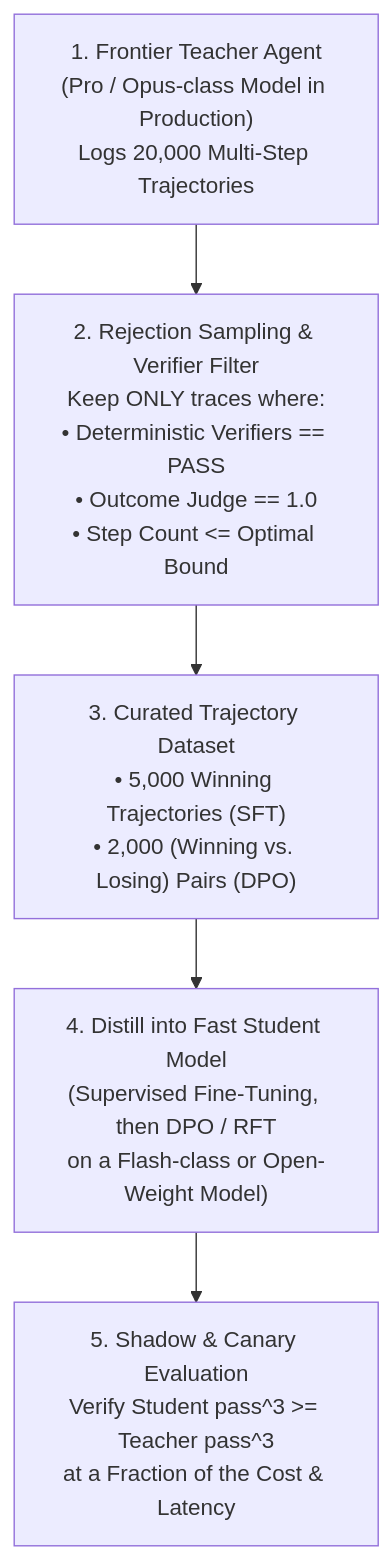
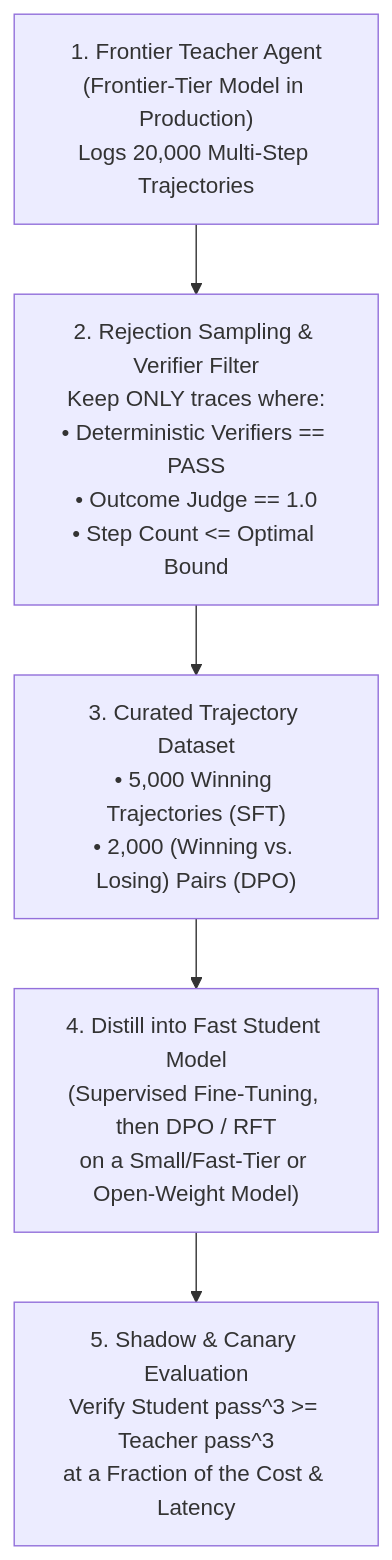
One commit to Rajdipc/agentic-ai-orchestration-patterns changed the second of 2 diagrams in chapter-16-agent-quality-flywheel-and-distillation.md. Above: the diagram before and after it, drawn with Mermaid. The commit also changed other lines of this file and 18 other files, not shown here.

````diff
--- a/chapter-16-agent-quality-flywheel-and-distillation.md
+++ b/chapter-16-agent-quality-flywheel-and-distillation.md
@@ -110,7 +110,7 @@
 ```mermaid
 flowchart TD
-    Teacher["1. Frontier Teacher Agent<br/>(Pro / Opus-class Model in Production)<br/>Logs 20,000 Multi-Step Trajectories"] --> Filter["2. Rejection Sampling & Verifier Filter<br/>Keep ONLY traces where:<br/>• Deterministic Verifiers == PASS<br/>• Outcome Judge == 1.0<br/>• Step Count <= Optimal Bound"]
+    Teacher["1. Frontier Teacher Agent<br/>(Frontier-Tier Model in Production)<br/>Logs 20,000 Multi-Step Trajectories"] --> Filter["2. Rejection Sampling & Verifier Filter<br/>Keep ONLY traces where:<br/>• Deterministic Verifiers == PASS<br/>• Outcome Judge == 1.0<br/>• Step Count <= Optimal Bound"]
     Filter --> GoldenDB["3. Curated Trajectory Dataset<br/>• 5,000 Winning Trajectories (SFT)<br/>• 2,000 (Winning vs. Losing) Pairs (DPO)"]
-    GoldenDB --> Train["4. Distill into Fast Student Model<br/>(Supervised Fine-Tuning, then DPO / RFT<br/>on a Flash-class or Open-Weight Model)"]
+    GoldenDB --> Train["4. Distill into Fast Student Model<br/>(Supervised Fine-Tuning, then DPO / RFT<br/>on a Small/Fast-Tier or Open-Weight Model)"]
     Train --> Shadow["5. Shadow & Canary Evaluation<br/>Verify Student pass^3 >= Teacher pass^3<br/>at a Fraction of the Cost & Latency"]
 ```
````
